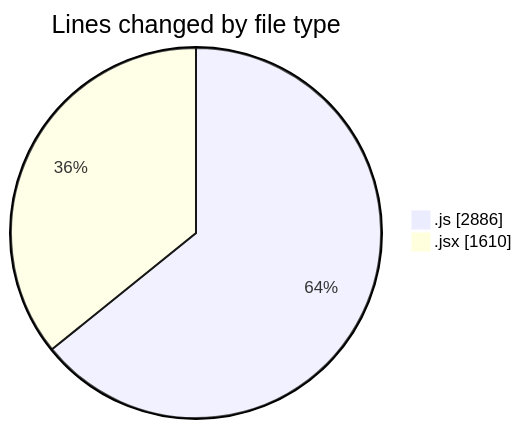
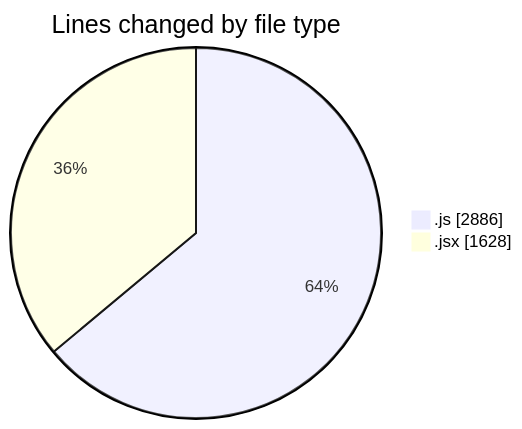
The first of 2 diagrams in 2025-11-12/argos/README.md (nxtqubesakshisongat/code-tracking), drawn with Mermaid before and after one commit. The commit also changed other lines of this file and 1 other file, not shown here.

````diff
--- a/2025-11-12/argos/README.md
+++ b/2025-11-12/argos/README.md
@@ -28,6 +28,6 @@
 ```mermaid
 pie showData
 title Lines changed by file type
 ".js" : 2886
-".jsx" : 1610
+".jsx" : 1628
 ```
````
